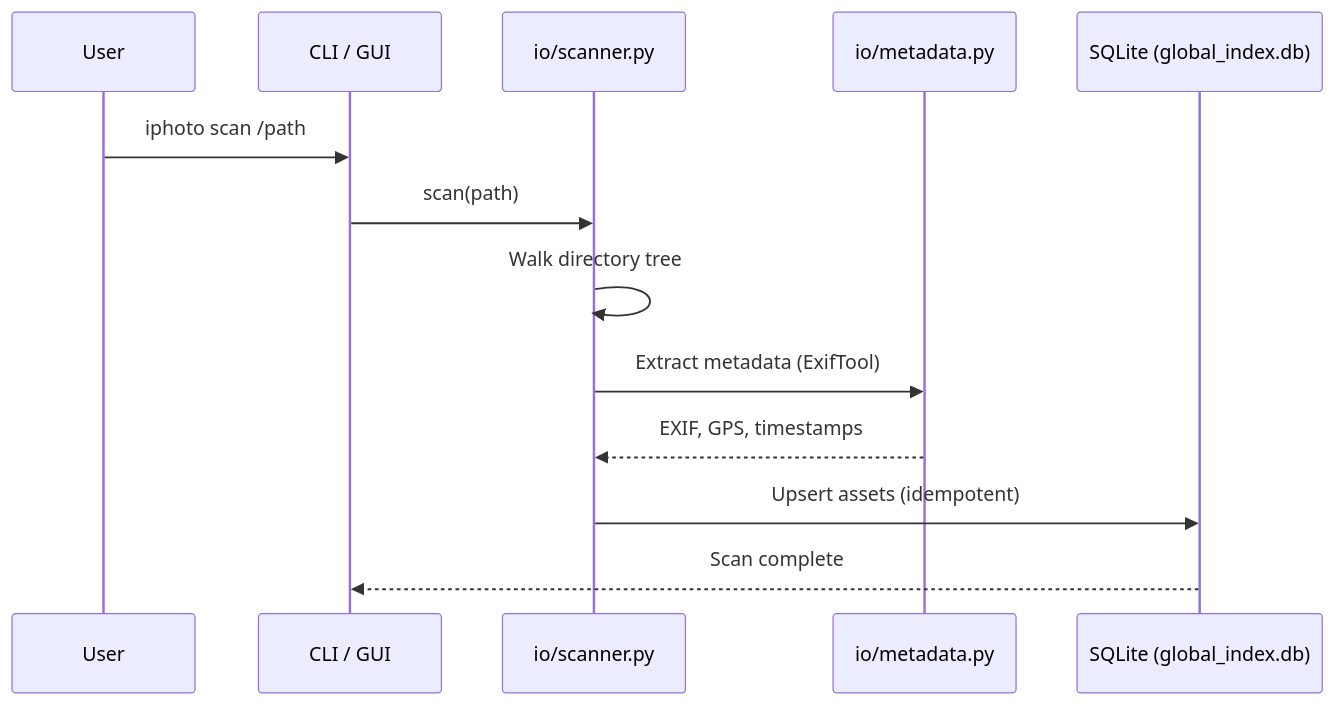
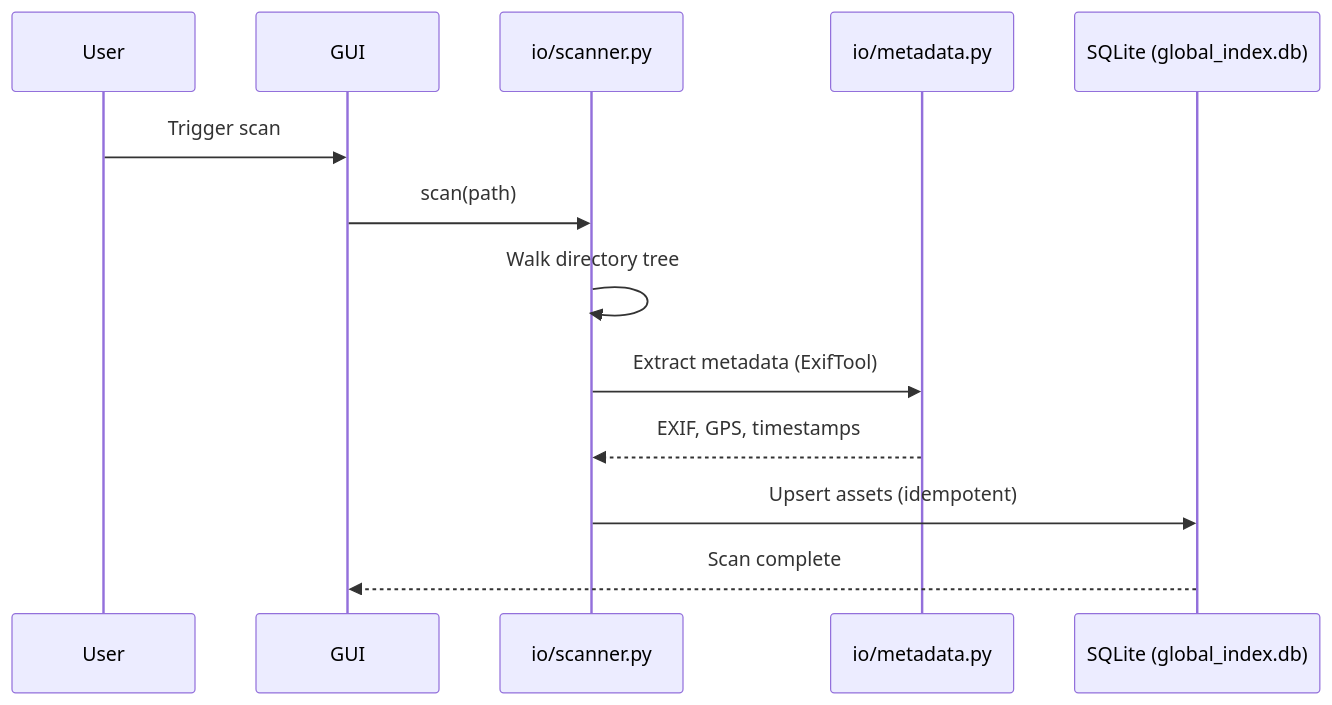
One commit to OliverZhaohaibin/iPhotron-LocalPhotoAlbumManager changed the fifth of 5 diagrams in docs/architecture.md. Above: the diagram before and after it, drawn with Mermaid. The commit also changed other lines of this file and 5 other files, not shown here.

Commit message:
docs: remove CLI references, update maps to offline, change module boundary diagram to vertical

````diff
--- a/docs/architecture.md
+++ b/docs/architecture.md
@@ -208,16 +206,16 @@
 ```mermaid
 sequenceDiagram
     participant User
-    participant CLI as CLI / GUI
+    participant GUI as GUI
     participant Scanner as io/scanner.py
     participant Meta as io/metadata.py
     participant DB as SQLite (global_index.db)
 
-    User->>CLI: iphoto scan /path
-    CLI->>Scanner: scan(path)
+    User->>GUI: Trigger scan
+    GUI->>Scanner: scan(path)
     Scanner->>Scanner: Walk directory tree
     Scanner->>Meta: Extract metadata (ExifTool)
     Meta-->>Scanner: EXIF, GPS, timestamps
     Scanner->>DB: Upsert assets (idempotent)
-    DB-->>CLI: Scan complete
+    DB-->>GUI: Scan complete
 ```
````
